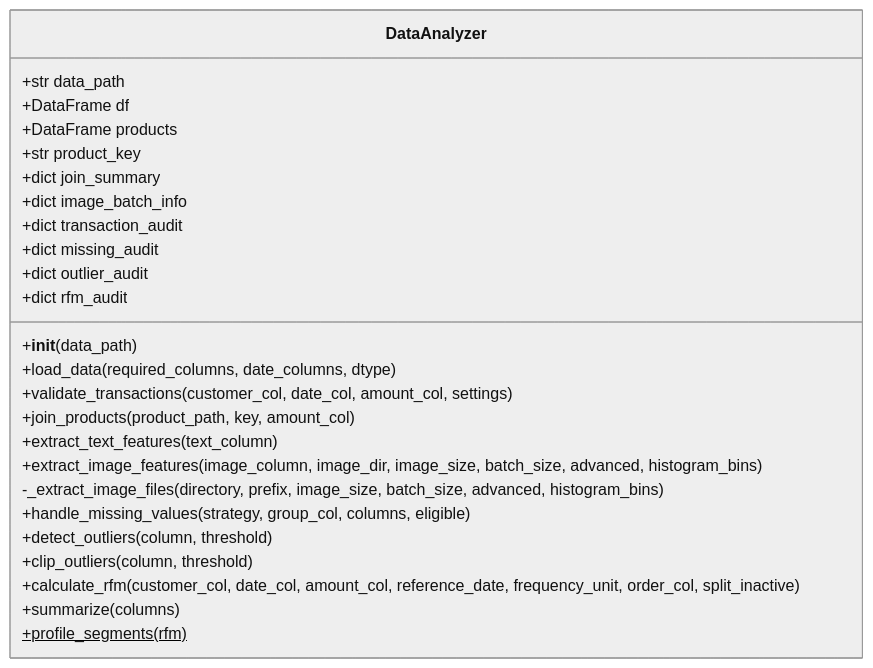
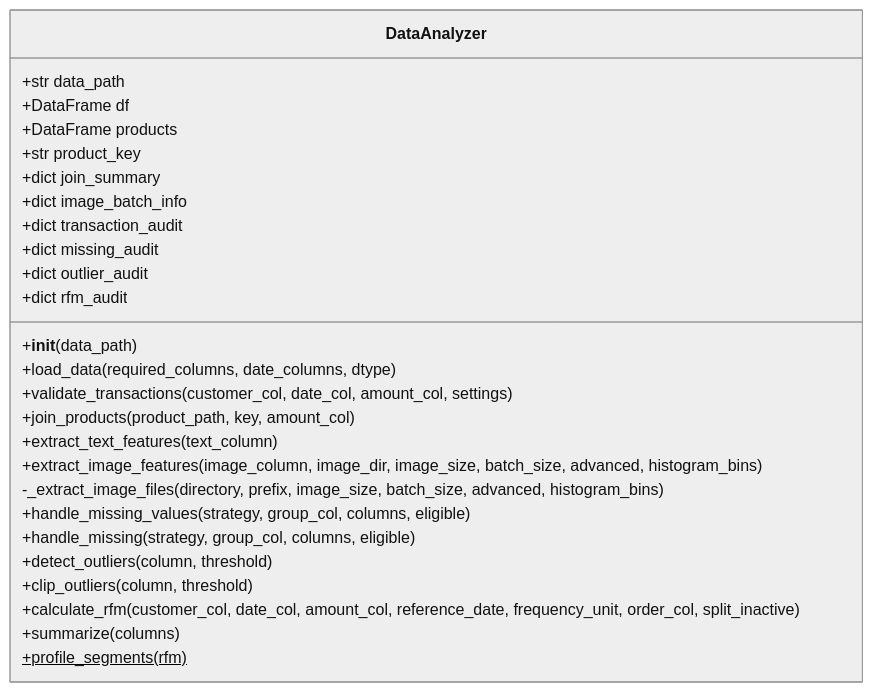
The second of 4 diagrams in README.md (ntt65/A1_1), drawn with Mermaid (neutral theme) before and after one commit. The commit also changed other lines of this file and 4 other files, not shown here.

````diff
--- a/README.md
+++ b/README.md
@@ -392,28 +392,29 @@
 ```mermaid
 classDiagram
     class DataAnalyzer {
         +str data_path
         +DataFrame df
         +DataFrame products
         +str product_key
         +dict join_summary
         +dict image_batch_info
         +dict transaction_audit
         +dict missing_audit
         +dict outlier_audit
         +dict rfm_audit
         +__init__(data_path)
         +load_data(required_columns, date_columns, dtype)
         +validate_transactions(customer_col, date_col, amount_col, settings)
         +join_products(product_path, key, amount_col)
         +extract_text_features(text_column)
         +extract_image_features(image_column, image_dir, image_size, batch_size, advanced, histogram_bins)
         -_extract_image_files(directory, prefix, image_size, batch_size, advanced, histogram_bins)
         +handle_missing_values(strategy, group_col, columns, eligible)
+        +handle_missing(strategy, group_col, columns, eligible)
         +detect_outliers(column, threshold)
         +clip_outliers(column, threshold)
         +calculate_rfm(customer_col, date_col, amount_col, reference_date, frequency_unit, order_col, split_inactive)
         +summarize(columns)
         +profile_segments(rfm)$
     }
 ```
````
